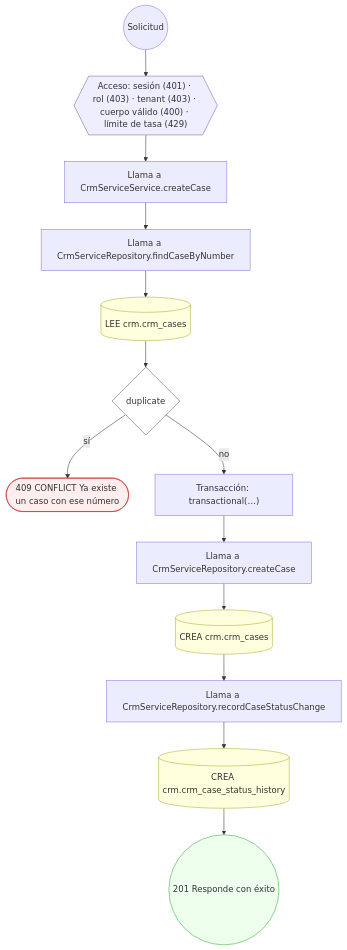
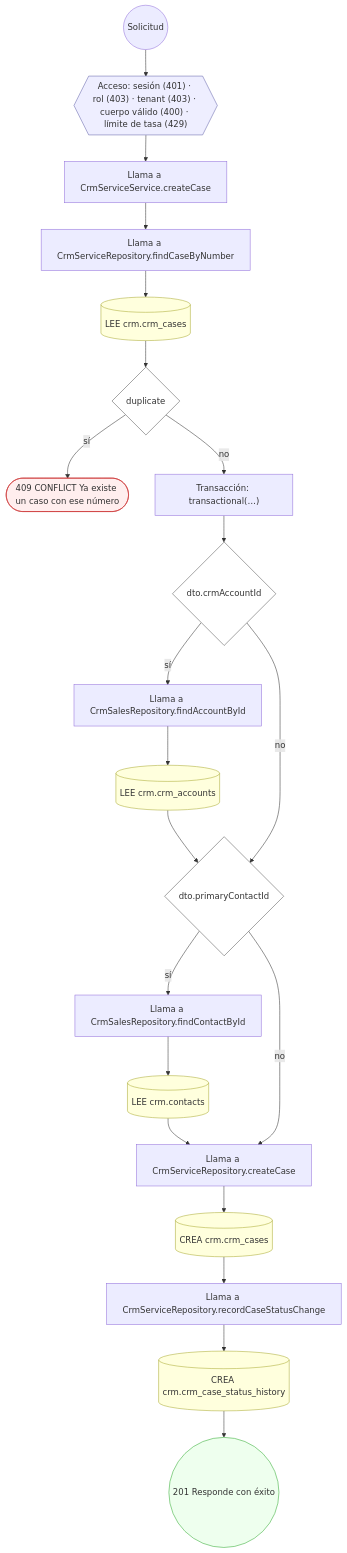
The fifth of 15 diagrams in docs/inventario/flujos/crm.md (mdavila-2001/mantra-core-health-api), drawn with Mermaid before and after one commit. The commit also changed other lines of this file and 438 other files, not shown here.

````diff
--- a/docs/inventario/flujos/crm.md
+++ b/docs/inventario/flujos/crm.md
@@ -368,34 +350,48 @@
 ```mermaid
 flowchart TD
   n1(("Solicitud")):::inicio
   n2{{"Acceso: sesión (401) · rol (403) · tenant (403) · cuerpo válido (400) · límite de tasa (429)"}}:::acceso
   n1 --> n2
   n3["Llama a CrmServiceService.createCase"]:::llamada
   n2 --> n3
   n4["Llama a CrmServiceRepository.findCaseByNumber"]:::llamada
   n3 --> n4
   n5[("LEE crm.crm_cases")]:::efecto
   n4 --> n5
   n6{"duplicate"}:::decision
   n5 --> n6
   n7(["409 CONFLICT Ya existe un caso con ese número"]):::error
   n6 -->|"sí"| n7
   n8["Transacción: transactional(…)"]:::transaccion
   n6 -->|"no"| n8
-  n9["Llama a CrmServiceRepository.createCase"]:::llamada
+  n9{"dto.crmAccountId"}:::decision
   n8 --> n9
-  n10[("CREA crm.crm_cases")]:::efecto
-  n9 --> n10
-  n11["Llama a CrmServiceRepository.recordCaseStatusChange"]:::llamada
+  n10["Llama a CrmSalesRepository.findAccountById"]:::llamada
+  n9 -->|"sí"| n10
+  n11[("LEE crm.crm_accounts")]:::efecto
   n10 --> n11
-  n12[("CREA crm.crm_case_status_history")]:::efecto
+  n12{"dto.primaryContactId"}:::decision
   n11 --> n12
-  n13(("201 Responde con éxito")):::ok
-  n12 --> n13
+  n9 -->|"no"| n12
+  n13["Llama a CrmSalesRepository.findContactById"]:::llamada
+  n12 -->|"sí"| n13
+  n14[("LEE crm.contacts")]:::efecto
+  n13 --> n14
+  n15["Llama a CrmServiceRepository.createCase"]:::llamada
+  n14 --> n15
+  n12 -->|"no"| n15
+  n16[("CREA crm.crm_cases")]:::efecto
+  n15 --> n16
+  n17["Llama a CrmServiceRepository.recordCaseStatusChange"]:::llamada
+  n16 --> n17
+  n18[("CREA crm.crm_case_status_history")]:::efecto
+  n17 --> n18
+  n19(("201 Responde con éxito")):::ok
+  n18 --> n19
   classDef acceso fill:#eef,stroke:#66a
   classDef error fill:#fee,stroke:#c33
   classDef ok fill:#efe,stroke:#3a3
   classDef efecto fill:#ffd,stroke:#aa3
   classDef decision fill:#fff,stroke:#555
   classDef corte fill:#eee,stroke:#999,stroke-dasharray: 4
 ```
````
